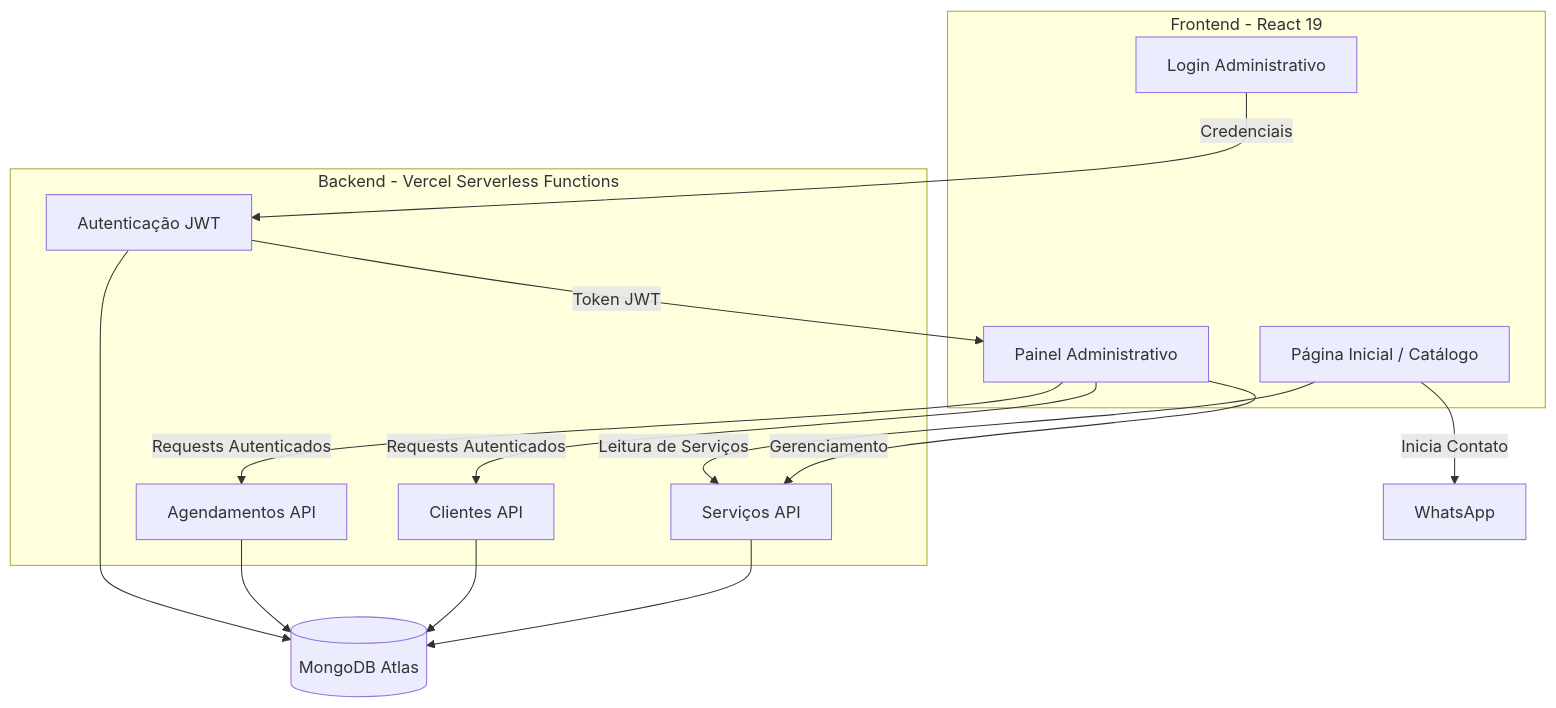
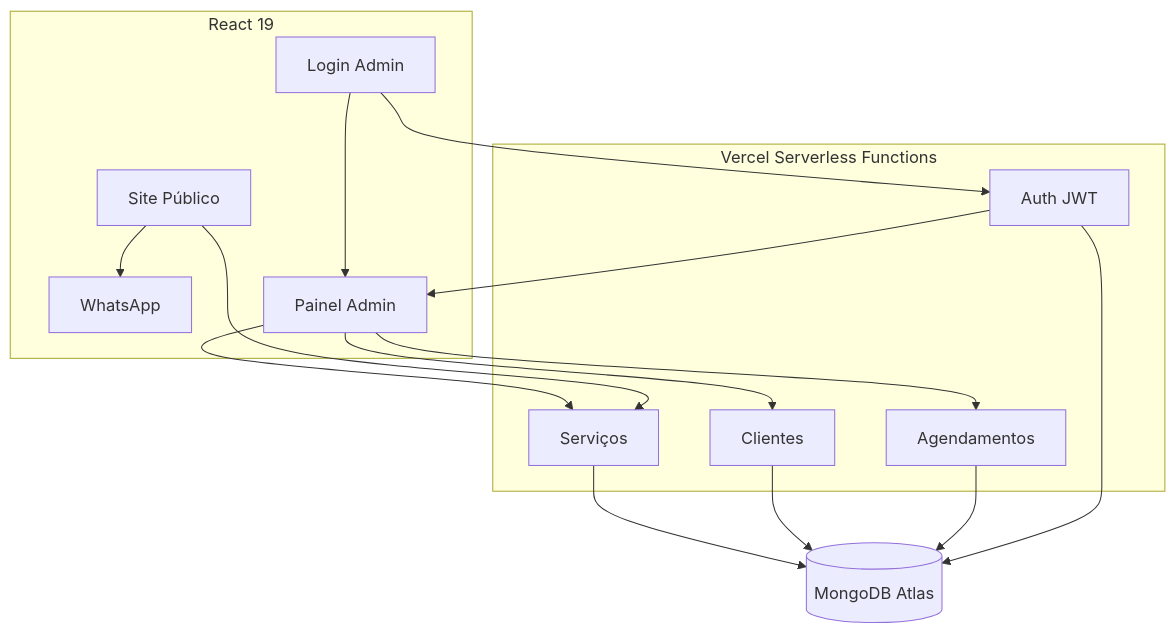
One commit to GPerencine/clinica-fabicontiero changed the diagram in README.md. Above: the diagram before and after it, drawn with Mermaid. The commit also changed other lines of this file, not shown here.

````diff
--- a/README.md
+++ b/README.md
@@ -54,37 +69,18 @@
 ```mermaid
 flowchart TD
-    %% Nós do Frontend
-    subgraph Frontend [Frontend - React 19]
-        HP[Página Inicial / Catálogo]
-        LA[Login Administrativo]
-        PA[Painel Administrativo]
-    end
-
-    %% Nós do Backend
-    subgraph Backend [Backend - Vercel Serverless Functions]
-        API_AUTH[Autenticação JWT]
-        API_AGEN[Agendamentos API]
-        API_CLI[Clientes API]
-        API_SERV[Serviços API]
-    end
-
-    %% Banco de Dados
-    DB[(MongoDB Atlas)]
-
-    %% Fluxos Públicos
-    HP -->|Inicia Contato| WAPP[WhatsApp]
-    HP -->|Leitura de Serviços| API_SERV
-    
-    %% Fluxo Administrativo
-    LA -->|Credenciais| API_AUTH
-    API_AUTH -->|Token JWT| PA
-    PA -->|Requests Autenticados| API_AGEN
-    PA -->|Requests Autenticados| API_CLI
-    PA -->|Gerenciamento| API_SERV
-    
-    %% Conexão ao DB
-    API_AUTH --> DB
-    API_AGEN --> DB
-    API_CLI --> DB
-    API_SERV --> DB
+  subgraph Frontend [React 19]
+    HP[Site Público] --> WAPP[WhatsApp]
+    LA[Login Admin] --> PA[Painel Admin]
+  end
+  subgraph Backend [Vercel Serverless Functions]
+    API_AUTH[Auth JWT]
+    API_AGEN[Agendamentos]
+    API_CLI[Clientes]
+    API_SERV[Serviços]
+  end
+  DB[(MongoDB Atlas)]
+  HP --> API_SERV
+  LA --> API_AUTH --> PA
+  PA --> API_AGEN & API_CLI & API_SERV
+  API_AUTH & API_AGEN & API_CLI & API_SERV --> DB
 ```
````
